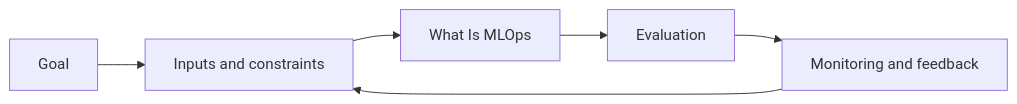
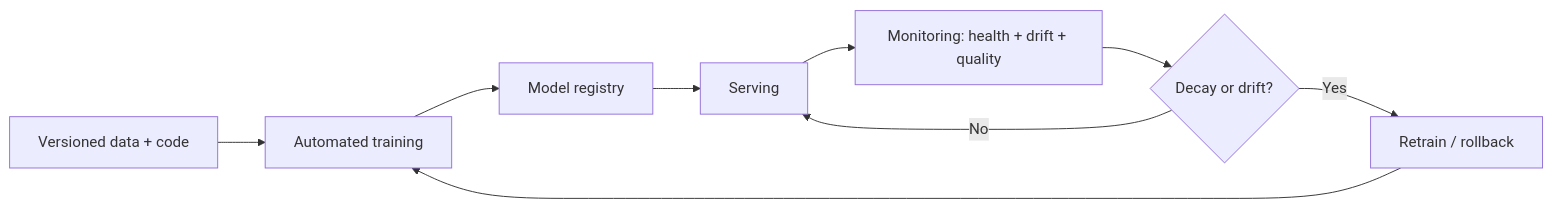
The diagram in mlops/01-what-is-mlops.md (Icon1cc/Machine-Learning), drawn with Mermaid before and after one commit. The commit also changed other lines of this file and 118 other files, not shown here.

````diff
--- a/mlops/01-what-is-mlops.md
+++ b/mlops/01-what-is-mlops.md
@@ -93,8 +70,11 @@
 ```mermaid
 flowchart LR
-    A[Goal] --> B[Inputs and constraints]
-    B --> C[What Is MLOps]
-    C --> D[Evaluation]
-    D --> E[Monitoring and feedback]
-    E --> B
+    A[Versioned data + code] --> B[Automated training]
+    B --> C[Model registry]
+    C --> D[Serving]
+    D --> E[Monitoring: health + drift + quality]
+    E --> F{Decay or drift?}
+    F -- Yes --> G[Retrain / rollback]
+    G --> B
+    F -- No --> D
 ```
````
